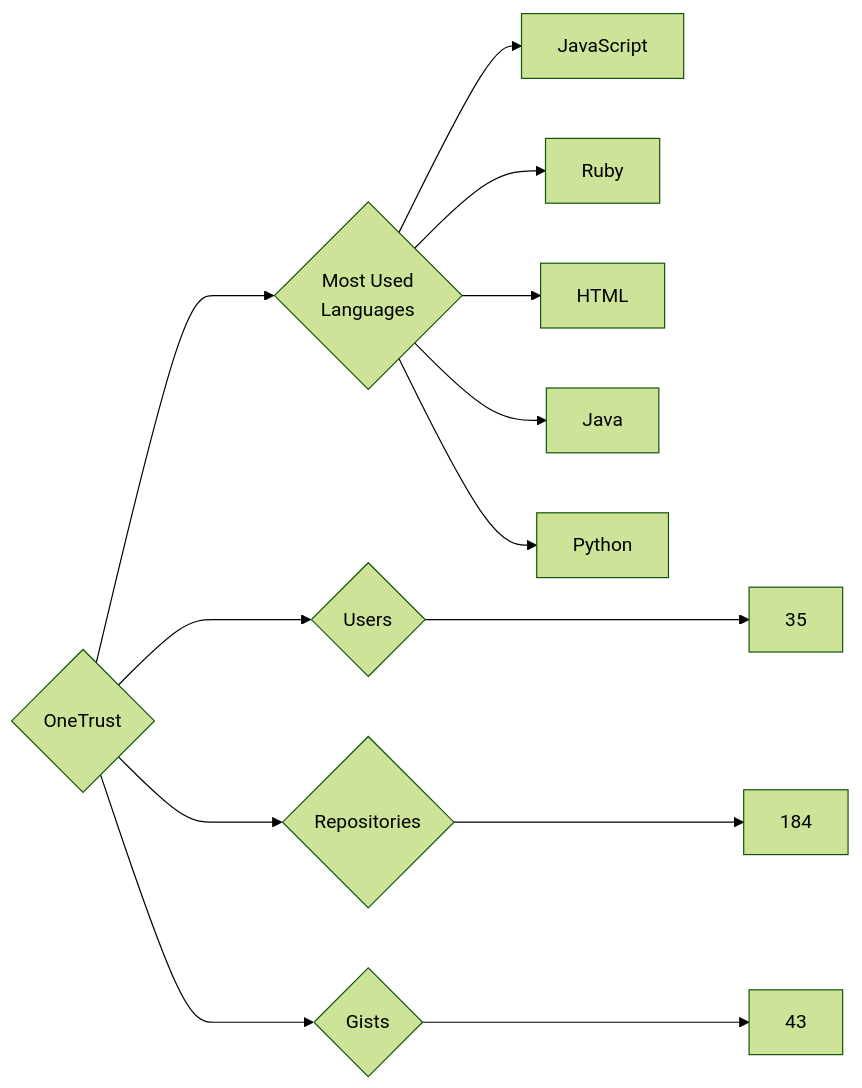
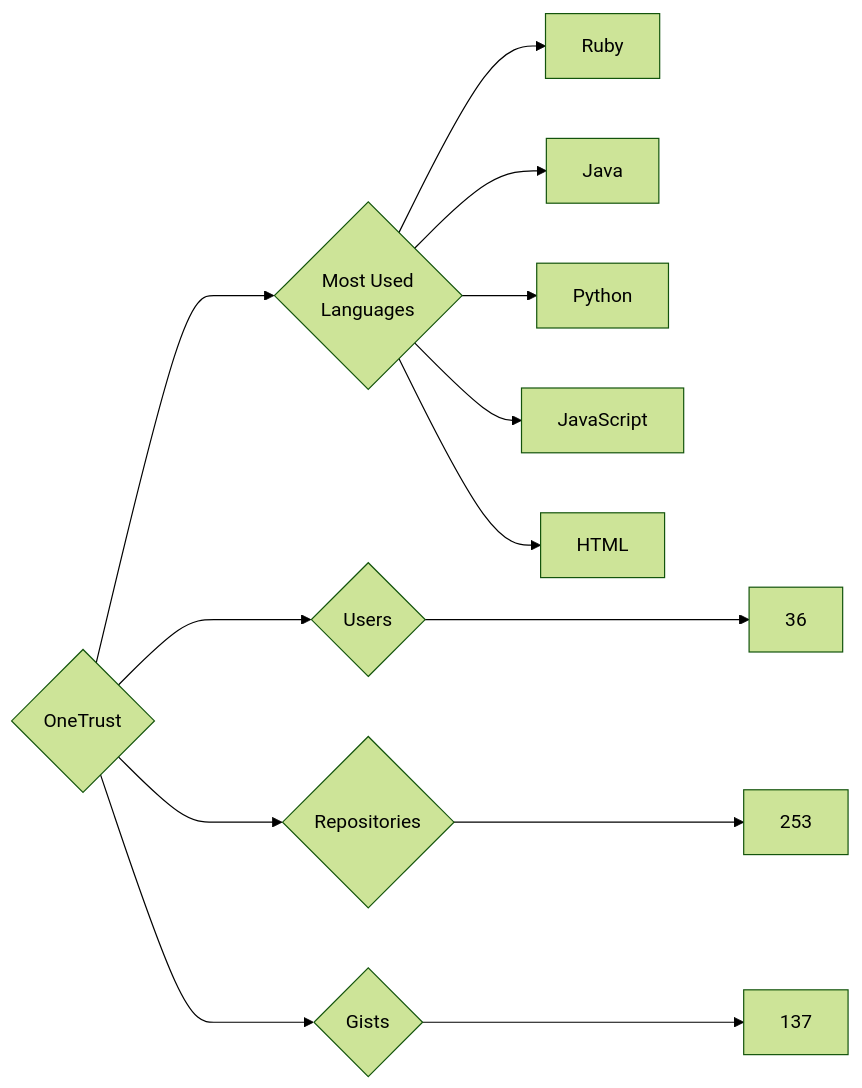
Before and after one commit to trickest/insiders: the diagram in targets/OneTrust/README.md, drawn with Mermaid (forest theme). The commit also changed 748 other files, not shown here.

````diff
--- a/targets/OneTrust/README.md
+++ b/targets/OneTrust/README.md
@@ -3,13 +3,13 @@
 ```mermaid
 graph LR
 COMPANY_NAME{OneTrust}
-COMPANY_NAME ---> U{Users} ---> UN[35]
-COMPANY_NAME ---> R{Repositories} ---> RN[184]
-COMPANY_NAME ---> G{Gists} ---> GN[43]
+COMPANY_NAME ---> U{Users} ---> UN[36]
+COMPANY_NAME ---> R{Repositories} ---> RN[253]
+COMPANY_NAME ---> G{Gists} ---> GN[137]
 COMPANY_NAME ---> ML{Most Used<br>Languages}
-ML --> JavaScript[JavaScript]
 ML --> Ruby[Ruby]
-ML --> HTML[HTML]
 ML --> Java[Java]
 ML --> Python[Python]
+ML --> JavaScript[JavaScript]
+ML --> HTML[HTML]
 ```
````
